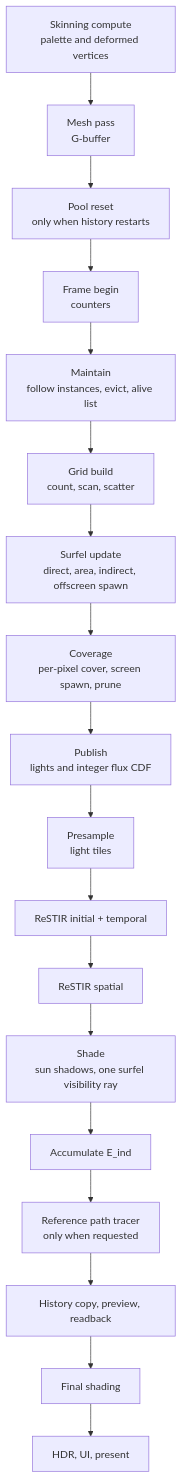
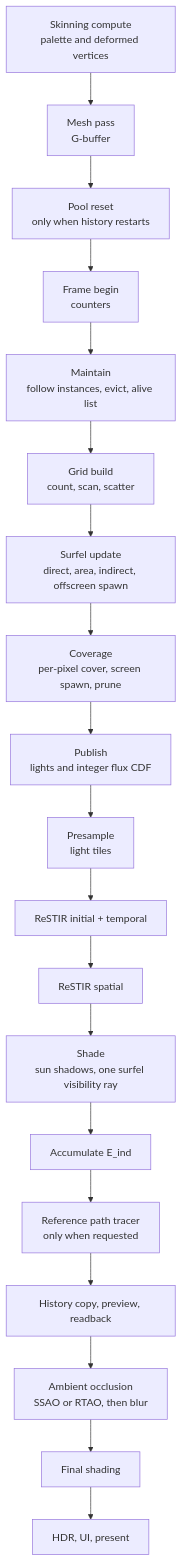
Before and after one commit to NeroReflex/vulkan-framework: the diagram in engine/docs/01-the-frame.md, drawn with Mermaid. The commit also changed other lines of this file and 51 other files, not shown here.

Commit message:
Implement ambient occlusion

````diff
--- a/engine/docs/01-the-frame.md
+++ b/engine/docs/01-the-frame.md
@@ -7,23 +7,24 @@
 ```mermaid
 flowchart TD
   skin["Skinning compute<br/>palette and deformed vertices"]
   mesh["Mesh pass<br/>G-buffer"]
   reset["Pool reset<br/>only when history restarts"]
   begin["Frame begin<br/>counters"]
   maint["Maintain<br/>follow instances, evict, alive list"]
   grid["Grid build<br/>count, scan, scatter"]
   upd["Surfel update<br/>direct, area, indirect, offscreen spawn"]
   cov["Coverage<br/>per-pixel cover, screen spawn, prune"]
   pub["Publish<br/>lights and integer flux CDF"]
   pre["Presample<br/>light tiles"]
   temp["ReSTIR initial + temporal"]
   spat["ReSTIR spatial"]
   shade["Shade<br/>sun shadows, one surfel visibility ray"]
   acc["Accumulate E_ind"]
   ref["Reference path tracer<br/>only when requested"]
   copy["History copy, preview, readback"]
+  ao["Ambient occlusion<br/>SSAO or RTAO, then blur"]
   fin["Final shading"]
   hdr["HDR, UI, present"]
 
-  skin --> mesh --> reset --> begin --> maint --> grid --> upd --> cov --> pub --> pre --> temp --> spat --> shade --> acc --> ref --> copy --> fin --> hdr
+  skin --> mesh --> reset --> begin --> maint --> grid --> upd --> cov --> pub --> pre --> temp --> spat --> shade --> acc --> ref --> copy --> ao --> fin --> hdr
 ```
````
